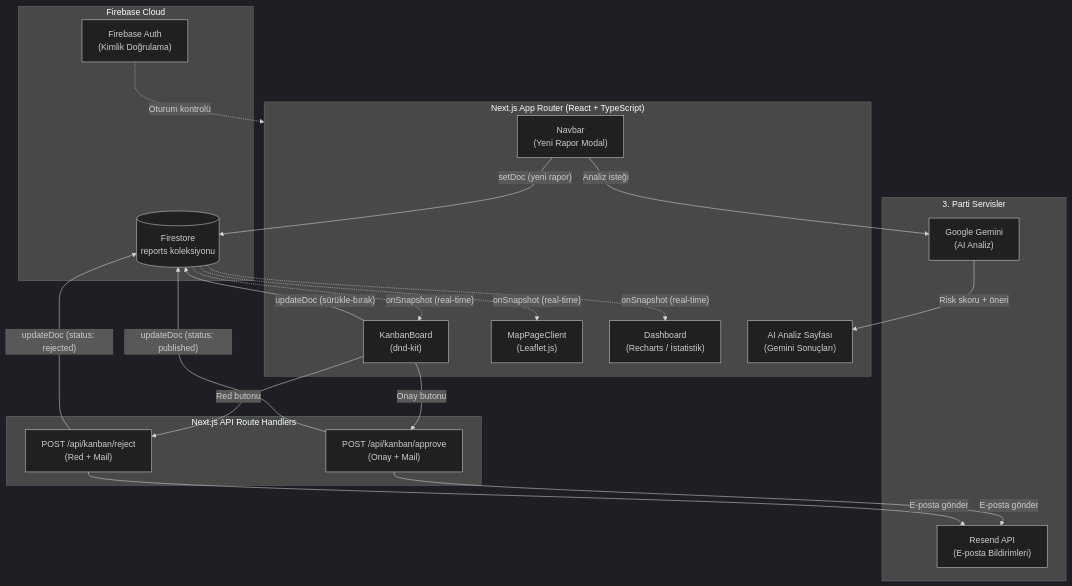
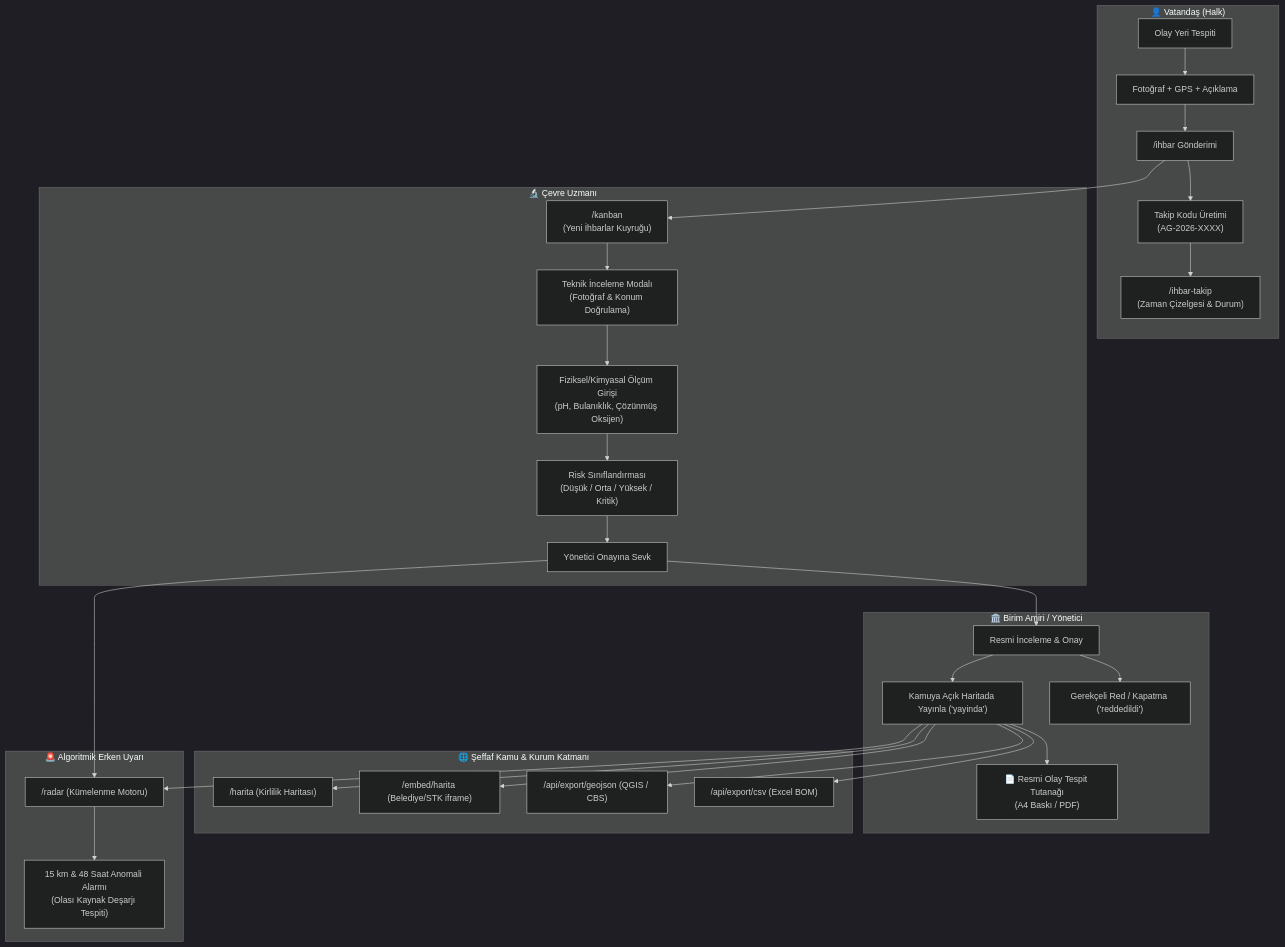
Before and after one commit to meryemgcl/aquaguard-app: the diagram in README.md, drawn with Mermaid (dark theme). The commit also changed other lines of this file and 137 other files, not shown here.

````diff
--- a/README.md
+++ b/README.md
@@ -157,44 +20,36 @@
 ```mermaid
 flowchart TD
-    subgraph Frontend["Next.js App Router (React + TypeScript)"]
-        UI_Nav["Navbar\n(Yeni Rapor Modal)"]
-        UI_Kanban["KanbanBoard\n(dnd-kit)"]
-        UI_Map["MapPageClient\n(Leaflet.js)"]
-        UI_Dashboard["Dashboard\n(Recharts / İstatistik)"]
-        UI_AI["AI Analiz Sayfası\n(Gemini Sonuçları)"]
+    subgraph Vatandas["👤 Vatandaş (Halk)"]
+        A["Olay Yeri Tespiti"] --> B["Fotoğraf + GPS + Açıklama"]
+        B --> C["/ihbar Gönderimi"]
+        C --> D["Takip Kodu Üretimi\n(AG-2026-XXXX)"]
+        D --> E["/ihbar-takip\n(Zaman Çizelgesi & Durum)"]
     end
 
-    subgraph Firebase["Firebase Cloud"]
-        FS_DB[("Firestore\nreports koleksiyonu")]
-        FB_Auth["Firebase Auth\n(Kimlik Doğrulama)"]
+    subgraph Uzman["🔬 Çevre Uzmanı"]
+        C --> F["/kanban\n(Yeni İhbarlar Kuyruğu)"]
+        F --> G["Teknik İnceleme Modalı\n(Fotoğraf & Konum Doğrulama)"]
+        G --> H["Fiziksel/Kimyasal Ölçüm Girişi\n(pH, Bulanıklık, Çözünmüş Oksijen)"]
+        H --> I["Risk Sınıflandırması\n(Düşük / Orta / Yüksek / Kritik)"]
+        I --> J["Yönetici Onayına Sevk"]
     end
 
-    subgraph API["Next.js API Route Handlers"]
-        API_Approve["POST /api/kanban/approve\n(Onay + Mail)"]
-        API_Reject["POST /api/kanban/reject\n(Red + Mail)"]
+    subgraph Yonetici["🏛️ Birim Amiri / Yönetici"]
+        J --> K["Resmi İnceleme & Onay"]
+        K --> L["Kamuya Açık Haritada Yayınla ('yayinda')"]
+        K --> M["Gerekçeli Red / Kapatma ('reddedildi')"]
+        L --> N["📄 Resmi Olay Tespit Tutanağı\n(A4 Baskı / PDF)"]
     end
 
-    subgraph External["3. Parti Servisler"]
-        Mail["Resend API\n(E-posta Bildirimleri)"]
-        Gemini["Google Gemini\n(AI Analiz)"]
+    subgraph Kamu["🌐 Şeffaf Kamu & Kurum Katmanı"]
+        L --> O["/harita (Kirlilik Haritası)"]
+        L --> P["/embed/harita (Belediye/STK iframe)"]
+        L --> Q["/api/export/geojson (QGIS / CBS)"]
+        L --> R["/api/export/csv (Excel BOM)"]
     end
 
-    UI_Nav -- "setDoc (yeni rapor)" --> FS_DB
-    UI_Nav -- "Analiz isteği" --> Gemini
-    Gemini -- "Risk skoru + öneri" --> UI_AI
-
-    FS_DB -. "onSnapshot (real-time)" .-> UI_Kanban
-    FS_DB -. "onSnapshot (real-time)" .-> UI_Map
-    FS_DB -. "onSnapshot (real-time)" .-> UI_Dashboard
-
-    UI_Kanban -- "updateDoc (sürükle-bırak)" --> FS_DB
-    UI_Kanban -- "Onay butonu" --> API_Approve
-    UI_Kanban -- "Red butonu" --> API_Reject
-
-    API_Approve -- "updateDoc (status: published)" --> FS_DB
-    API_Reject -- "updateDoc (status: rejected)" --> FS_DB
-    API_Approve -- "E-posta gönder" --> Mail
-    API_Reject -- "E-posta gönder" --> Mail
-
-    FB_Auth -. "Oturum kontrolü" .-> Frontend
+    subgraph Radar["🚨 Algoritmik Erken Uyarı"]
+        L & J --> S["/radar (Kümelenme Motoru)"]
+        S --> T["15 km & 48 Saat Anomali Alarmı\n(Olası Kaynak Deşarjı Tespiti)"]
+    end
 ```
````
